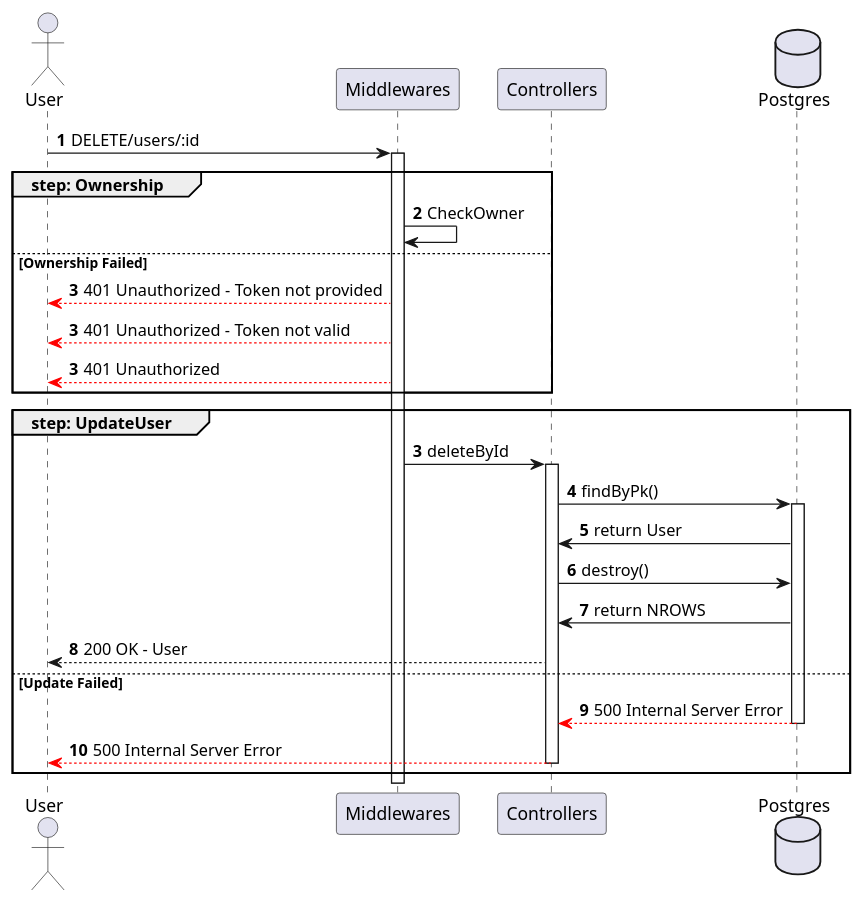
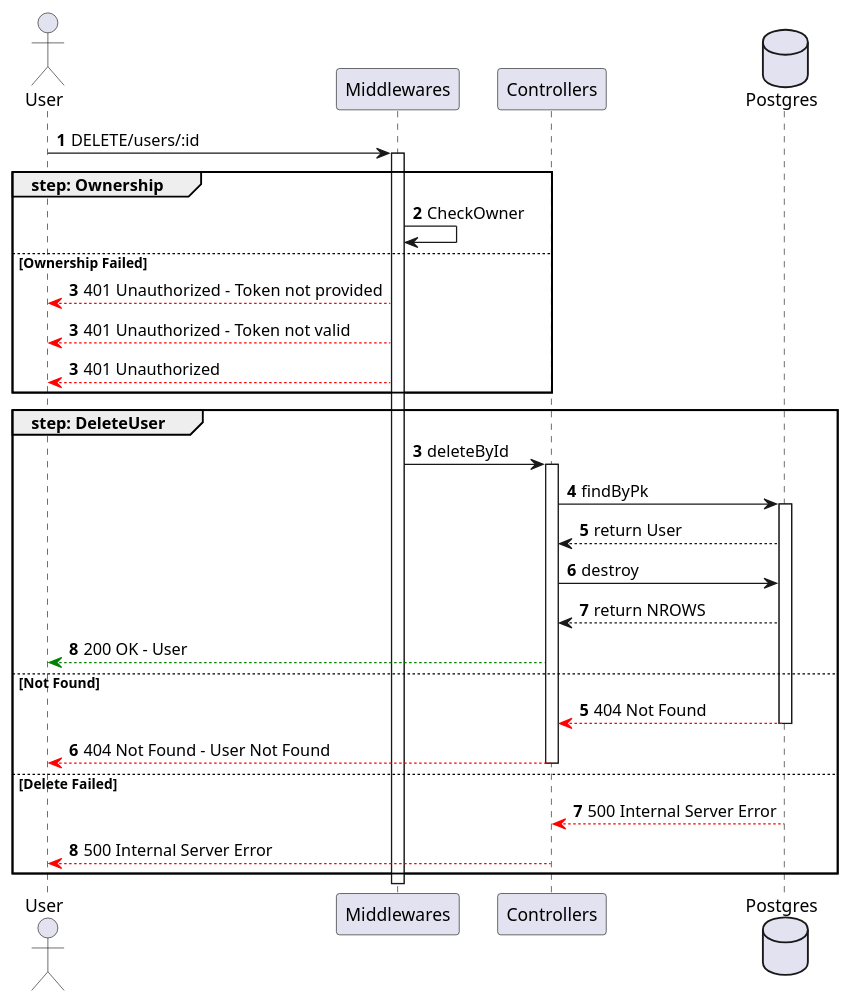
One commit to ShadowWalker1411/ProgrammazioneAvanzataREPO changed the diagram in sequence_diagrams/DeleteUser.puml. Above: the diagram before and after it, drawn with PlantUML. The commit also changed 10 other files, not shown here.

```diff
--- a/sequence_diagrams/DeleteUser.puml
+++ b/sequence_diagrams/DeleteUser.puml
@@ -1,33 +1,38 @@
 @startuml deleteUser
 
 actor User
 participant Middlewares
 participant Controllers
 database Postgres
 
 autonumber
 User -> Middlewares ++: DELETE/users/:id
 group step: Ownership
     Middlewares -> Middlewares : CheckOwner
 else Ownership Failed
     autonumber 3
     Middlewares --[#red]> User : 401 Unauthorized - Token not provided
     autonumber 3
     Middlewares --[#red]> User : 401 Unauthorized - Token not valid
     autonumber 3
     Middlewares --[#red]> User : 401 Unauthorized
 end
-group step: UpdateUser
+group step: DeleteUser
     autonumber 3
     Middlewares -> Controllers ++: deleteById
-    Controllers -> Postgres ++: findByPk()
-    Postgres -> Controllers: return User
-    Controllers -> Postgres : destroy()
-    Postgres -> Controllers: return NROWS
-    Controllers --> User : 200 OK - User
-else Update Failed
+    Controllers -> Postgres ++: findByPk
+    Postgres --> Controllers: return User
+    Controllers -> Postgres : destroy
+    Postgres --> Controllers: return NROWS
+    Controllers --[#green]> User : 200 OK - User
+else Not Found
+    autonumber 5
+    Postgres --[#red]> Controllers --: 404 Not Found
+    Controllers --[#red]> User --: 404 Not Found - User Not Found
+else Delete Failed
+    autonumber 7
     Postgres --[#red]> Controllers --: 500 Internal Server Error
     Controllers --[#red]> User --: 500 Internal Server Error
 end
 
 @enduml
```
